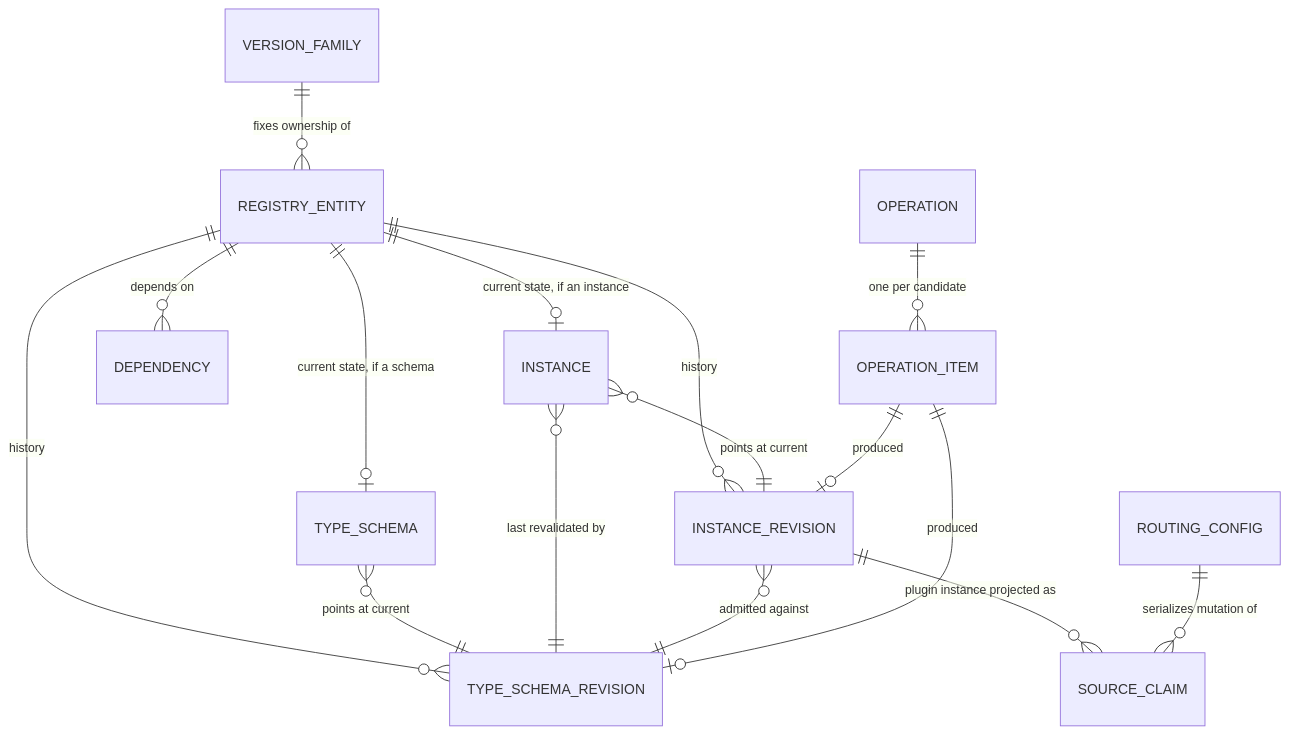
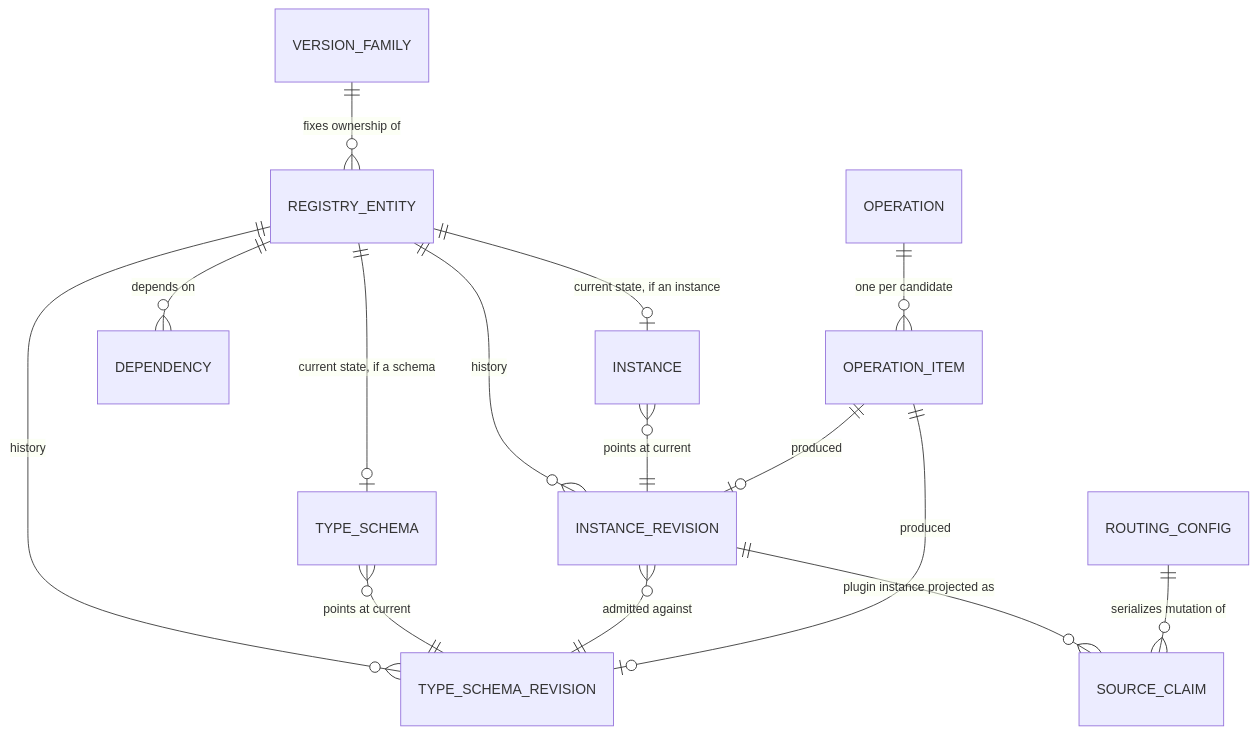
One commit to Andrei-Iliushin-Constructor/gears-rust changed the second of 6 diagrams in gears/system/types-registry/docs/DESIGN.md. Above: the diagram before and after it, drawn with Mermaid. The commit also changed other lines of this file and 4 other files, not shown here.

````diff
--- a/gears/system/types-registry/docs/DESIGN.md
+++ b/gears/system/types-registry/docs/DESIGN.md
@@ -324,18 +326,17 @@
 ```mermaid
 erDiagram
     VERSION_FAMILY   ||--o{ REGISTRY_ENTITY : "fixes ownership of"
     REGISTRY_ENTITY  ||--o| TYPE_SCHEMA : "current state, if a schema"
     REGISTRY_ENTITY  ||--o| INSTANCE : "current state, if an instance"
     REGISTRY_ENTITY  ||--o{ TYPE_SCHEMA_REVISION : "history"
     REGISTRY_ENTITY  ||--o{ INSTANCE_REVISION : "history"
     TYPE_SCHEMA      }o--|| TYPE_SCHEMA_REVISION : "points at current"
     INSTANCE         }o--|| INSTANCE_REVISION : "points at current"
-    INSTANCE         }o--|| TYPE_SCHEMA_REVISION : "last revalidated by"
     INSTANCE_REVISION }o--|| TYPE_SCHEMA_REVISION : "admitted against"
     REGISTRY_ENTITY  ||--o{ DEPENDENCY : "depends on"
     OPERATION        ||--o{ OPERATION_ITEM : "one per candidate"
     OPERATION_ITEM   ||--o| TYPE_SCHEMA_REVISION : "produced"
     OPERATION_ITEM   ||--o| INSTANCE_REVISION : "produced"
     INSTANCE_REVISION ||--o{ SOURCE_CLAIM : "plugin instance projected as"
     ROUTING_CONFIG   ||--o{ SOURCE_CLAIM : "serializes mutation of"
 ```
````
